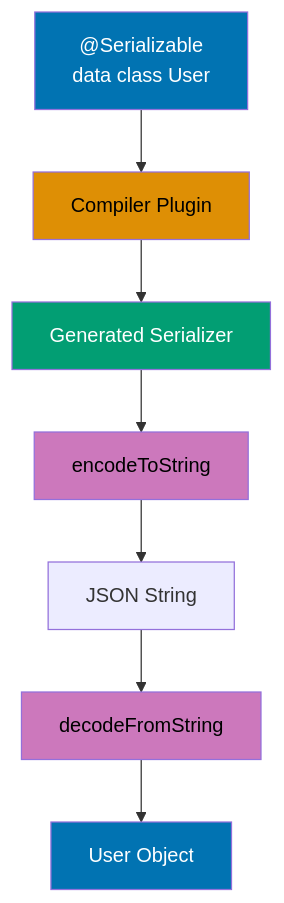
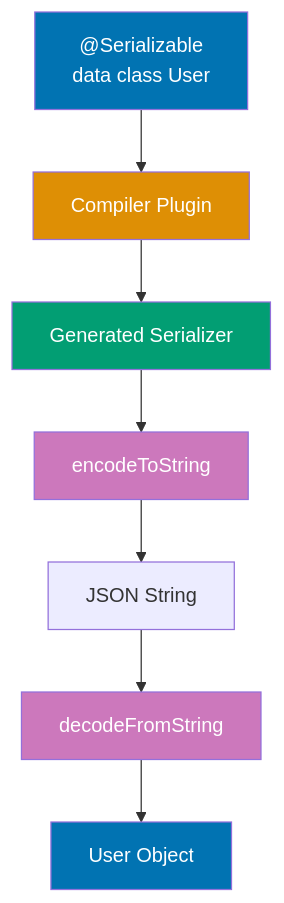
One commit to wahidyankf/open-sharia-enterprise changed the seventh of 22 diagrams in apps/ayokoding-web/content/en/learn/software-engineering/programming-languages/kotlin/by-example/advanced.md. Above: the diagram before and after it, drawn with Mermaid. The commit also changed other lines of this file and 61 other files, not shown here.

First line of the commit message:
fix(ayokoding-web): quote Mermaid node labels with special characters in Example 63

````diff
--- a/apps/ayokoding-web/content/en/learn/software-engineering/programming-languages/kotlin/by-example/advanced.md
+++ b/apps/ayokoding-web/content/en/learn/software-engineering/programming-languages/kotlin/by-example/advanced.md
@@ -1580,17 +1580,17 @@
 ```mermaid
 %% kotlinx.serialization compile-time processing
 graph TD
     A["@Serializable<br/>data class User"] --> B[Compiler Plugin]
     B --> C[Generated Serializer]
     C --> D[encodeToString]
     D --> E["JSON String"]
     E --> F[decodeFromString]
     F --> G[User Object]
 
     style A fill:#0173B2,color:#fff
-    style B fill:#DE8F05,color:#000
+    style B fill:#DE8F05,color:#fff
     style C fill:#029E73,color:#fff
-    style D fill:#CC78BC,color:#000
-    style F fill:#CC78BC,color:#000
+    style D fill:#CC78BC,color:#fff
+    style F fill:#CC78BC,color:#fff
     style G fill:#0173B2,color:#fff
 ```
````
